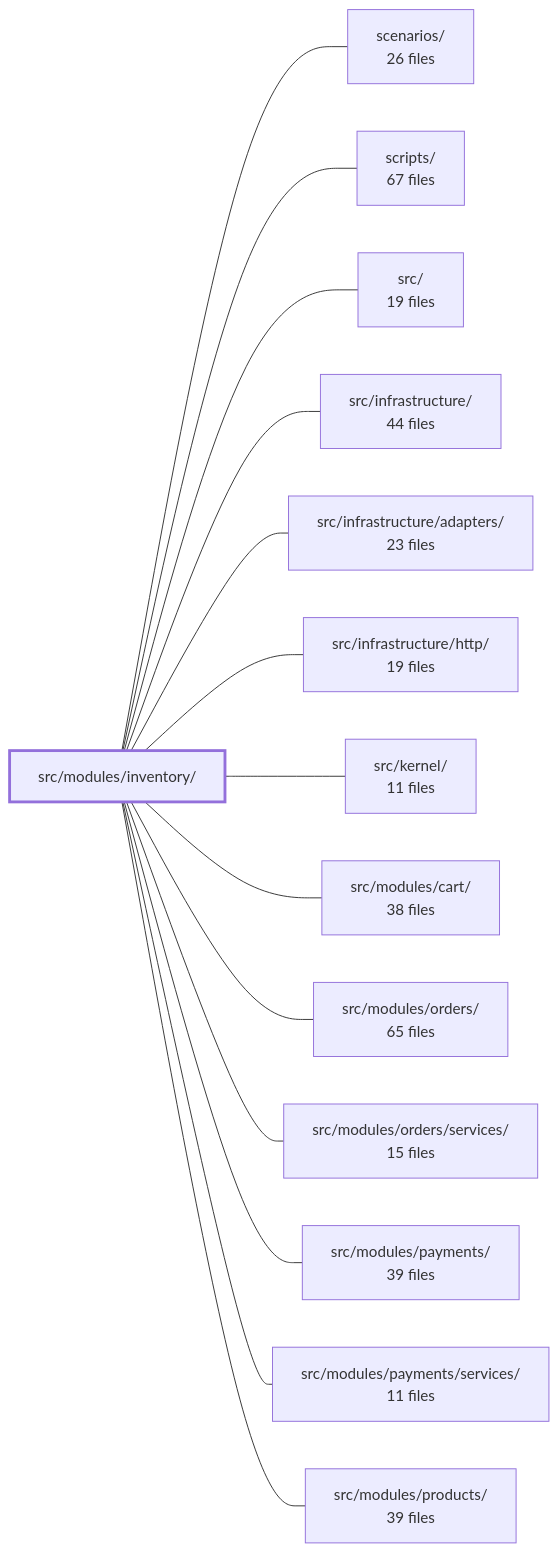
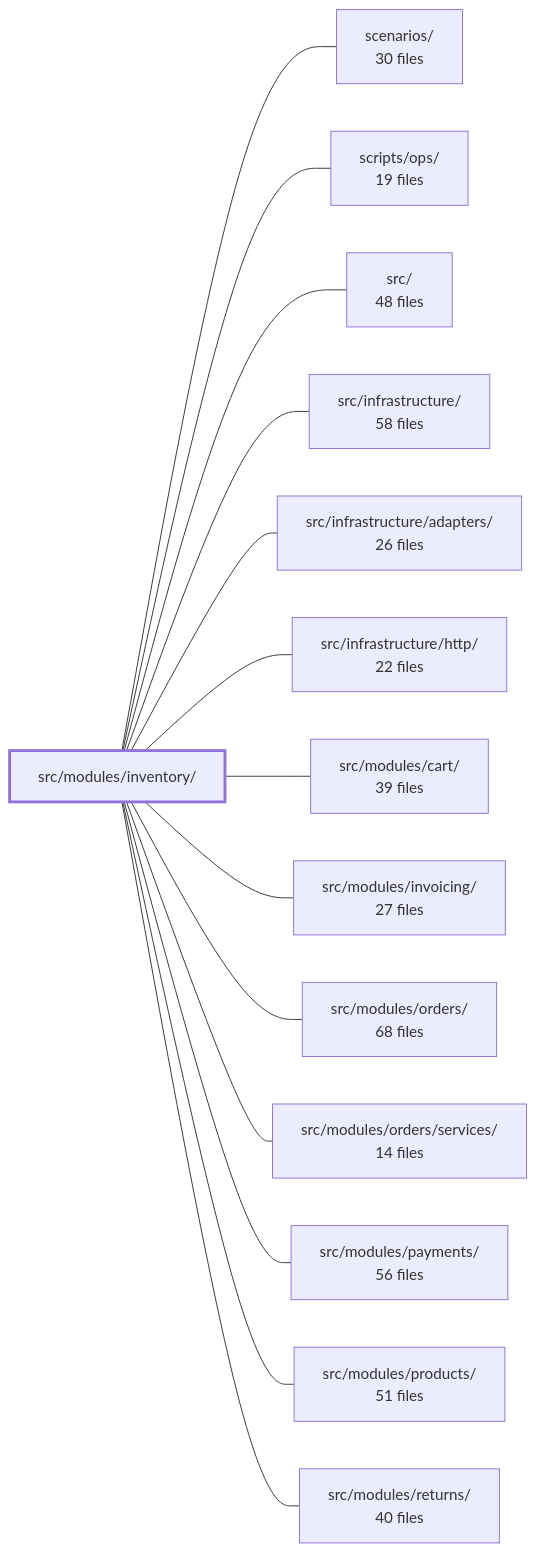
Before and after one commit to Guebbit/boilerplate-node-backend: the diagram in .2brain/modules/boilerplate-node-backend_src_modules_inventory.md, drawn with Mermaid. The commit also changed other lines of this file and 187 other files, not shown here.

````diff
--- a/.2brain/modules/boilerplate-node-backend_src_modules_inventory.md
+++ b/.2brain/modules/boilerplate-node-backend_src_modules_inventory.md
@@ -43,31 +43,31 @@
 ```mermaid
 flowchart LR
     m_src_modules_inventory["src/modules/inventory/"]
-    m_scenarios["scenarios/<br/>26 files"]
-    m_scripts["scripts/<br/>67 files"]
-    m_src["src/<br/>19 files"]
-    m_src_infrastructure["src/infrastructure/<br/>44 files"]
-    m_src_infrastructure_adapters["src/infrastructure/adapters/<br/>23 files"]
-    m_src_infrastructure_http["src/infrastructure/http/<br/>19 files"]
-    m_src_kernel["src/kernel/<br/>11 files"]
-    m_src_modules_cart["src/modules/cart/<br/>38 files"]
-    m_src_modules_orders["src/modules/orders/<br/>65 files"]
-    m_src_modules_orders_services["src/modules/orders/services/<br/>15 files"]
-    m_src_modules_payments["src/modules/payments/<br/>39 files"]
-    m_src_modules_payments_services["src/modules/payments/services/<br/>11 files"]
-    m_src_modules_products["src/modules/products/<br/>39 files"]
+    m_scenarios["scenarios/<br/>30 files"]
+    m_scripts_ops["scripts/ops/<br/>19 files"]
+    m_src["src/<br/>48 files"]
+    m_src_infrastructure["src/infrastructure/<br/>58 files"]
+    m_src_infrastructure_adapters["src/infrastructure/adapters/<br/>26 files"]
+    m_src_infrastructure_http["src/infrastructure/http/<br/>22 files"]
+    m_src_modules_cart["src/modules/cart/<br/>39 files"]
+    m_src_modules_invoicing["src/modules/invoicing/<br/>27 files"]
+    m_src_modules_orders["src/modules/orders/<br/>68 files"]
+    m_src_modules_orders_services["src/modules/orders/services/<br/>14 files"]
+    m_src_modules_payments["src/modules/payments/<br/>56 files"]
+    m_src_modules_products["src/modules/products/<br/>51 files"]
+    m_src_modules_returns["src/modules/returns/<br/>40 files"]
     m_src_modules_inventory --- m_scenarios
-    m_src_modules_inventory --- m_scripts
+    m_src_modules_inventory --- m_scripts_ops
     m_src_modules_inventory --- m_src
     m_src_modules_inventory --- m_src_infrastructure
     m_src_modules_inventory --- m_src_infrastructure_adapters
     m_src_modules_inventory --- m_src_infrastructure_http
-    m_src_modules_inventory --- m_src_kernel
     m_src_modules_inventory --- m_src_modules_cart
+    m_src_modules_inventory --- m_src_modules_invoicing
     m_src_modules_inventory --- m_src_modules_orders
     m_src_modules_inventory --- m_src_modules_orders_services
     m_src_modules_inventory --- m_src_modules_payments
-    m_src_modules_inventory --- m_src_modules_payments_services
     m_src_modules_inventory --- m_src_modules_products
+    m_src_modules_inventory --- m_src_modules_returns
     style m_src_modules_inventory stroke-width:3px
 ```
````
